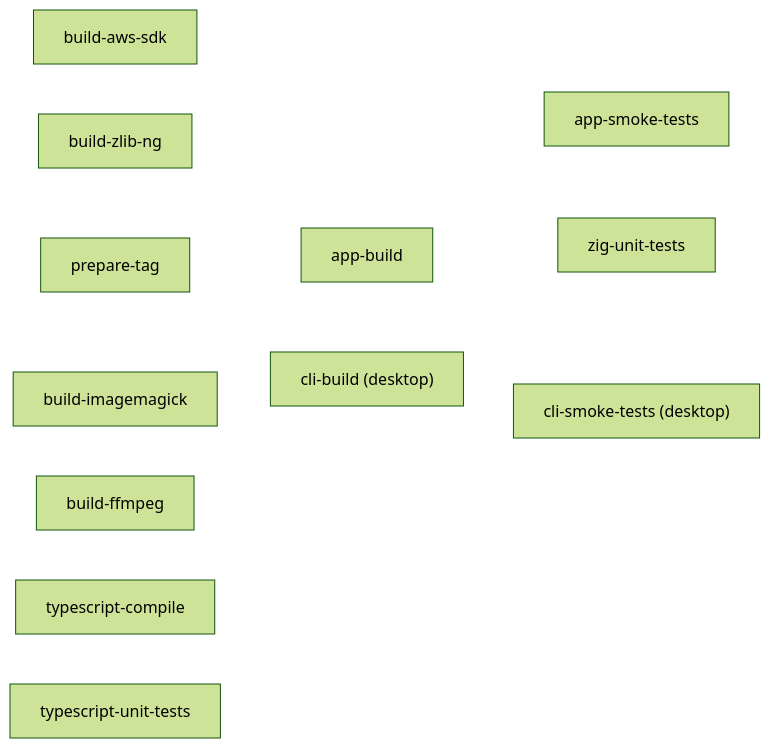
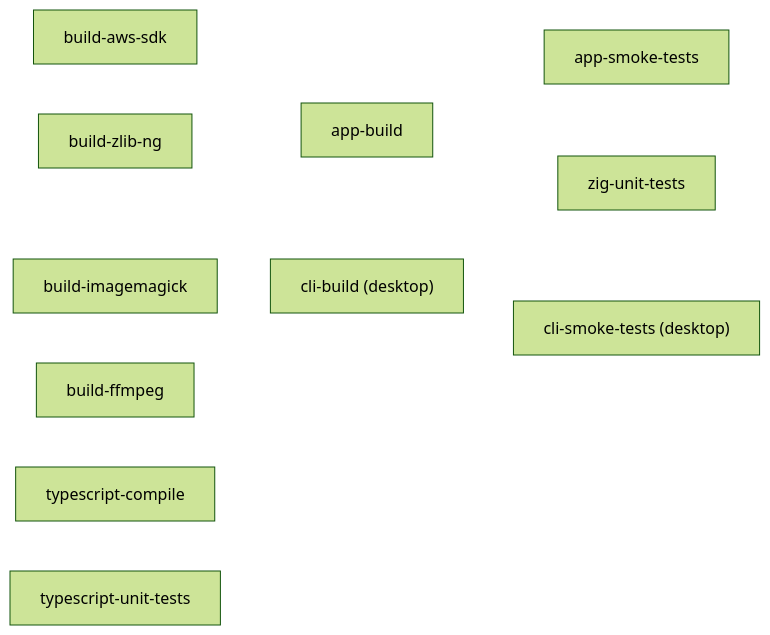
One commit to ashleydavis/photosphere changed the first of 2 diagrams in docs/workflows.md. Above: the diagram before and after it, drawn with Mermaid (forest theme). The commit also changed other lines of this file and 6 other files, not shown here.

````diff
--- a/docs/workflows.md
+++ b/docs/workflows.md
@@ -167,24 +161,22 @@
 ```mermaid
 flowchart LR
-    prepare-tag --> app-build
     lib-aws["build-aws-sdk"] --> app-build
     lib-zlib["build-zlib-ng"] --> app-build
     lib-im["build-imagemagick"] --> app-build
     lib-ff["build-ffmpeg"] --> app-build
-    prepare-tag --> cli-build["cli-build (desktop)"]
-    lib-aws --> cli-build
+    lib-aws --> cli-build["cli-build (desktop)"]
     lib-zlib --> cli-build
     lib-im --> cli-build
     lib-ff --> cli-build
     cli-build --> cli-smoke-tests["cli-smoke-tests (desktop)"]
     app-build --> app-smoke-tests
     lib-aws --> zig-unit-tests
     lib-zlib --> zig-unit-tests
     lib-im --> zig-unit-tests
     lib-ff --> zig-unit-tests
     cli-build --> zig-unit-tests
     app-build --> zig-unit-tests
     typescript-compile
     typescript-unit-tests
     linkStyle default stroke:#ffffff,stroke-width:2px
 ```
````
